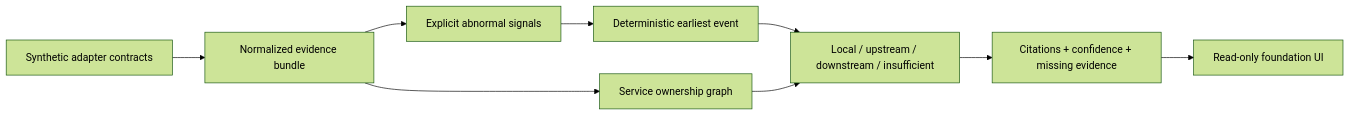
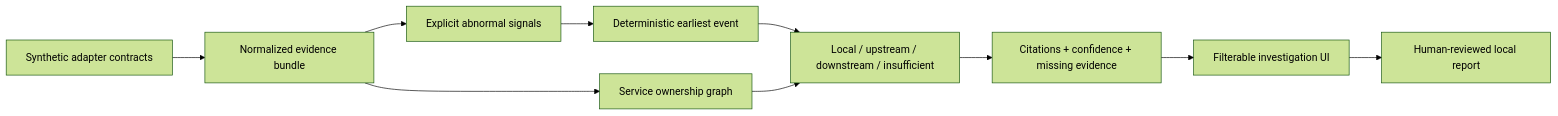
The diagram in incidentlens/docs/architecture.md (ASKR04/JavaScript), drawn with Mermaid (forest theme) before and after one commit. The commit also changed other lines of this file and 8 other files, not shown here.

````diff
--- a/incidentlens/docs/architecture.md
+++ b/incidentlens/docs/architecture.md
@@ -7,11 +7,12 @@
 ```mermaid
 flowchart LR
   A[Synthetic adapter contracts] --> B[Normalized evidence bundle]
   B --> C[Explicit abnormal signals]
   C --> D[Deterministic earliest event]
   B --> E[Service ownership graph]
   D --> F[Local / upstream / downstream / insufficient]
   E --> F
   F --> G[Citations + confidence + missing evidence]
-  G --> H[Read-only foundation UI]
+  G --> H[Filterable investigation UI]
+  H --> I[Human-reviewed local report]
 ```
````
